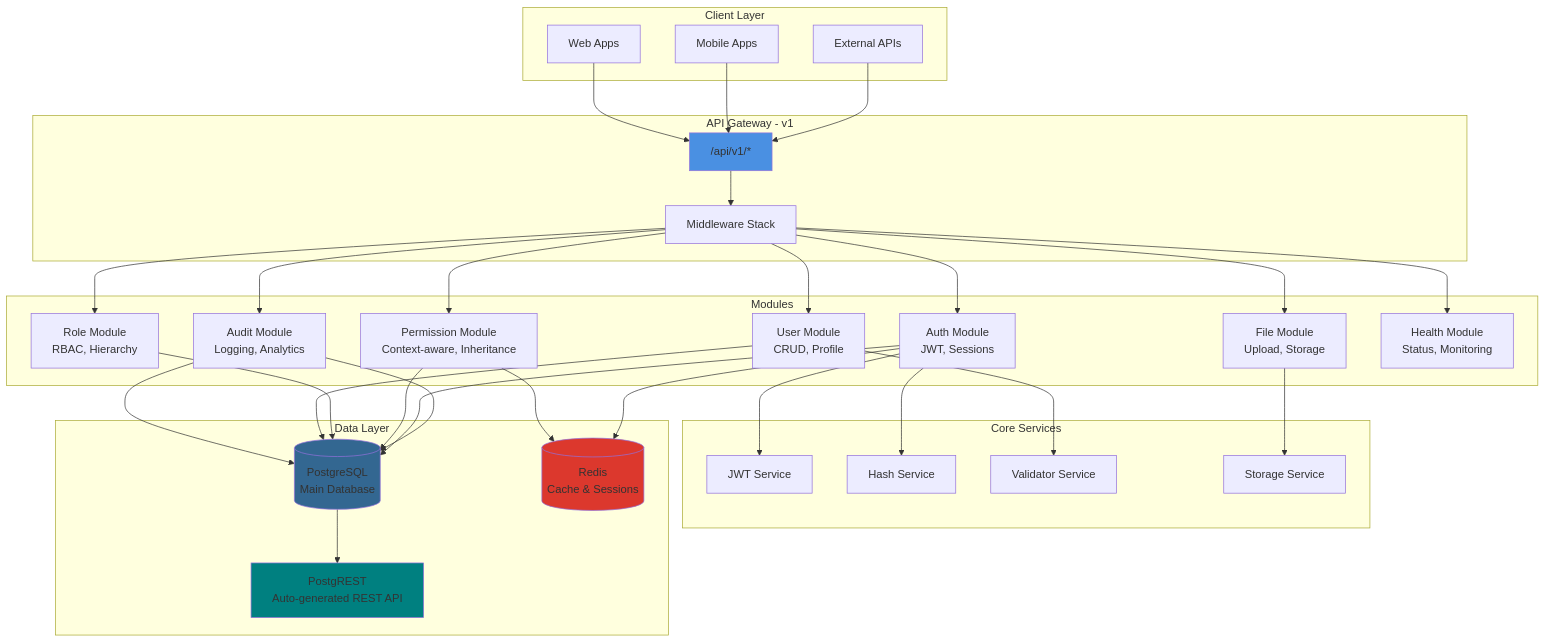
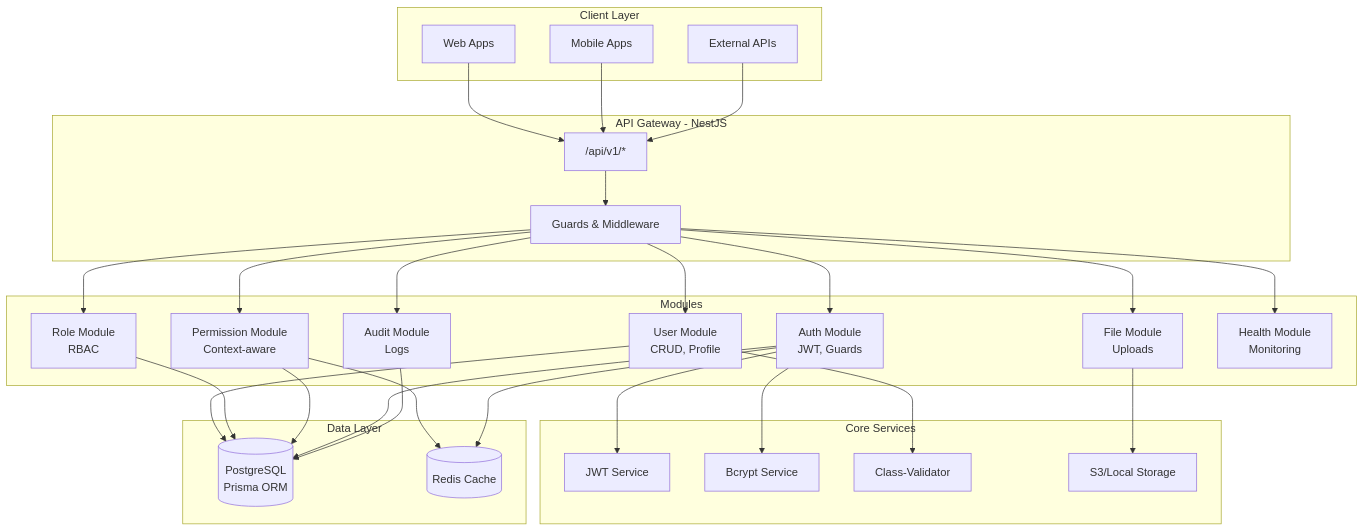
The first of 2 diagrams in README.md (omelab/nest-acl-api), drawn with Mermaid before and after one commit. The commit also changed other lines of this file, not shown here.

````diff
--- a/README.md
+++ b/README.md
@@ -43,70 +39,61 @@
 ```mermaid
 graph TB
     subgraph "Client Layer"
         WEB[Web Apps]
         MOB[Mobile Apps]
         API[External APIs]
     end
 
-    subgraph "API Gateway - v1"
+    subgraph "API Gateway - NestJS"
         ROUTES["/api/v1/*"]
-        MW[Middleware Stack]
+        MW[Guards & Middleware]
     end
 
     subgraph "Modules"
-        AUTH[Auth Module<br/>JWT, Sessions]
+        AUTH[Auth Module<br/>JWT, Guards]
         USER[User Module<br/>CRUD, Profile]
-        ROLE[Role Module<br/>RBAC, Hierarchy]
-        PERM[Permission Module<br/>Context-aware, Inheritance]
-        FILE[File Module<br/>Upload, Storage]
-        AUDIT[Audit Module<br/>Logging, Analytics]
-        HEALTH[Health Module<br/>Status, Monitoring]
+        ROLE[Role Module<br/>RBAC]
+        PERM[Permission Module<br/>Context-aware]
+        FILE[File Module<br/>Uploads]
+        AUDIT[Audit Module<br/>Logs]
+        HEALTH[Health Module<br/>Monitoring]
     end
 
     subgraph "Core Services"
         JWT[JWT Service]
-        HASH[Hash Service]
-        VALIDATOR[Validator Service]
-        STORAGE[Storage Service]
+        HASH[Bcrypt Service]
+        VALIDATOR[Class-Validator]
+        STORAGE[S3/Local Storage]
     end
 
     subgraph "Data Layer"
-        TS[(PostgreSQL<br/>Main Database)]
-        REDIS[(Redis<br/>Cache & Sessions)]
-        PGREST[PostgREST<br/>Auto-generated REST API]
+        DB[(PostgreSQL<br/>Prisma ORM)]
+        REDIS[(Redis Cache)]
     end
 
     WEB --> ROUTES
     MOB --> ROUTES
     API --> ROUTES
 
     ROUTES --> MW
     MW --> AUTH
     MW --> USER
     MW --> ROLE
     MW --> PERM
     MW --> FILE
     MW --> AUDIT
     MW --> HEALTH
 
     AUTH --> JWT
     AUTH --> HASH
     USER --> VALIDATOR
     FILE --> STORAGE
     PERM --> REDIS
-    AUDIT --> TS
 
-    USER --> TS
-    ROLE --> TS
-    PERM --> TS
-    AUTH --> TS
+    USER --> DB
+    ROLE --> DB
+    PERM --> DB
+    AUTH --> DB
     AUTH --> REDIS
-    AUDIT --> TS
-
-    TS --> PGREST
-
-    style ROUTES fill:#4A90E2
-    style TS fill:#336791
-    style REDIS fill:#DC382D
-    style PGREST fill:#008080
+    AUDIT --> DB
 ```
````
